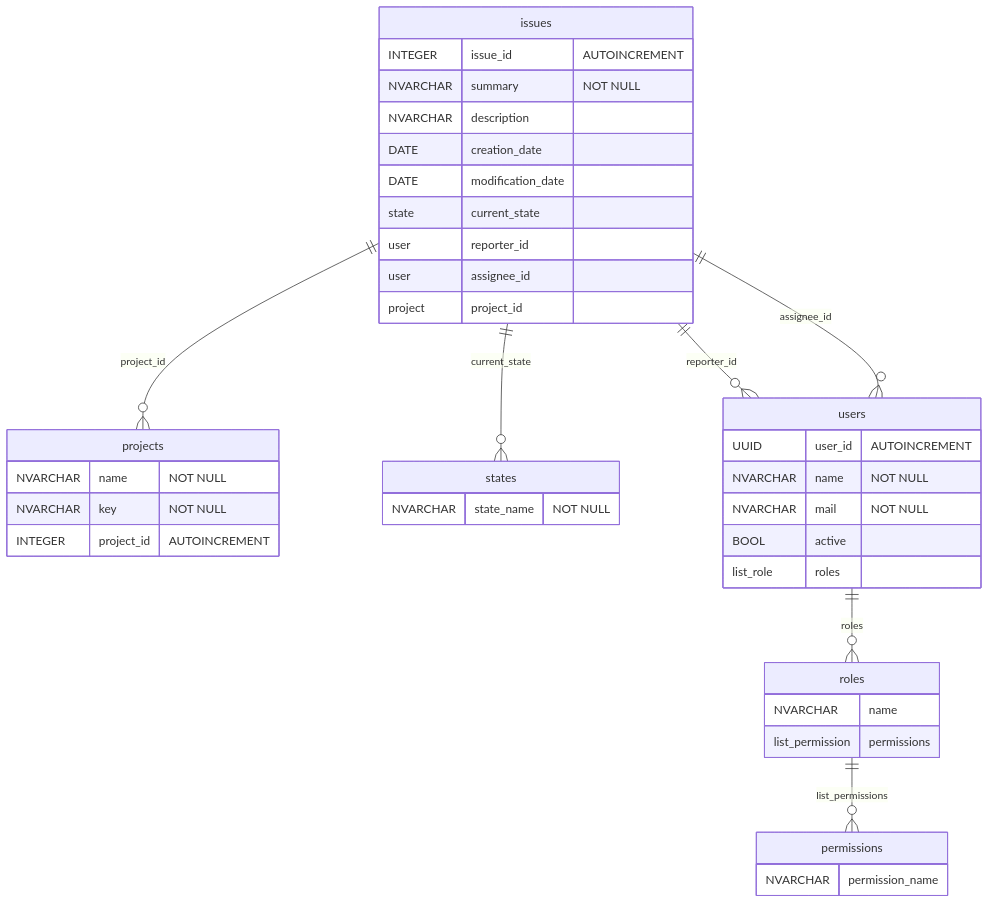
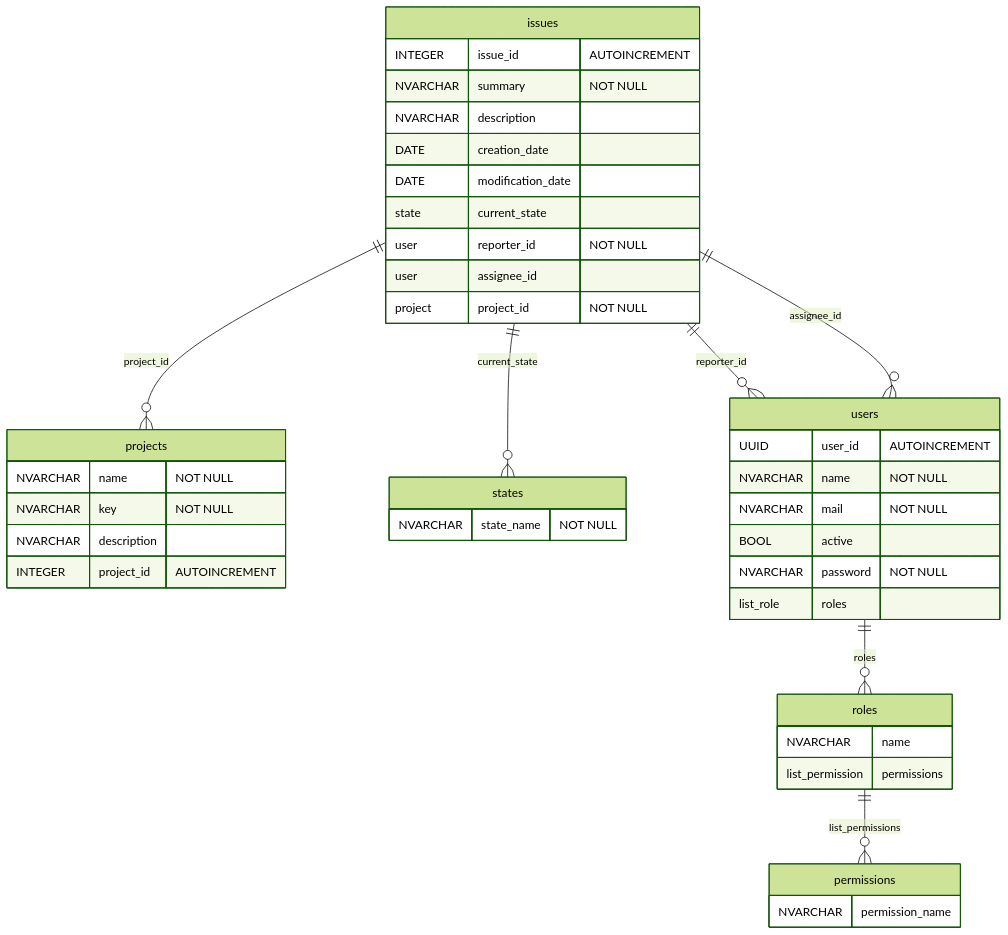
The diagram in architecture/database.md (ShanSanear/TaskTracker), drawn with Mermaid before and after one commit.

Commit message:
Added some fields to be implemented

````diff
--- a/architecture/database.md
+++ b/architecture/database.md
@@ -1,52 +1,54 @@
 ```mermaid
+%%{init: {'theme' : 'forest'}}%%
 erDiagram
 
   issues {
     INTEGER issue_id "AUTOINCREMENT"
     NVARCHAR summary "NOT NULL"
     NVARCHAR description
     DATE creation_date
     DATE modification_date
     state current_state
-    user reporter_id
+    user reporter_id "NOT NULL"
     user assignee_id
-    project project_id
+    project project_id "NOT NULL"
   }
   
   projects {
     NVARCHAR name "NOT NULL"
     NVARCHAR key "NOT NULL"
+    NVARCHAR description
     INTEGER project_id "AUTOINCREMENT"
   }
   
   states {
     NVARCHAR state_name "NOT NULL"
   }
   
   users {
     UUID user_id "AUTOINCREMENT"
     NVARCHAR name "NOT NULL"
     NVARCHAR mail "NOT NULL"
     BOOL active 
+    NVARCHAR password "NOT NULL"
     list_role roles
-    
   }
   
   roles {
     NVARCHAR name
     list_permission permissions
   }
   
   permissions {
     NVARCHAR permission_name
   }
   
   
   issues ||--o{ projects : "project_id"
   issues ||--o{ users : "reporter_id"
   issues ||--o{ users : "assignee_id"
   issues ||--o{ states : "current_state"
   users ||--o{ roles : "roles"
   roles ||--o{ permissions : "list_permissions"
 
 ```
````
